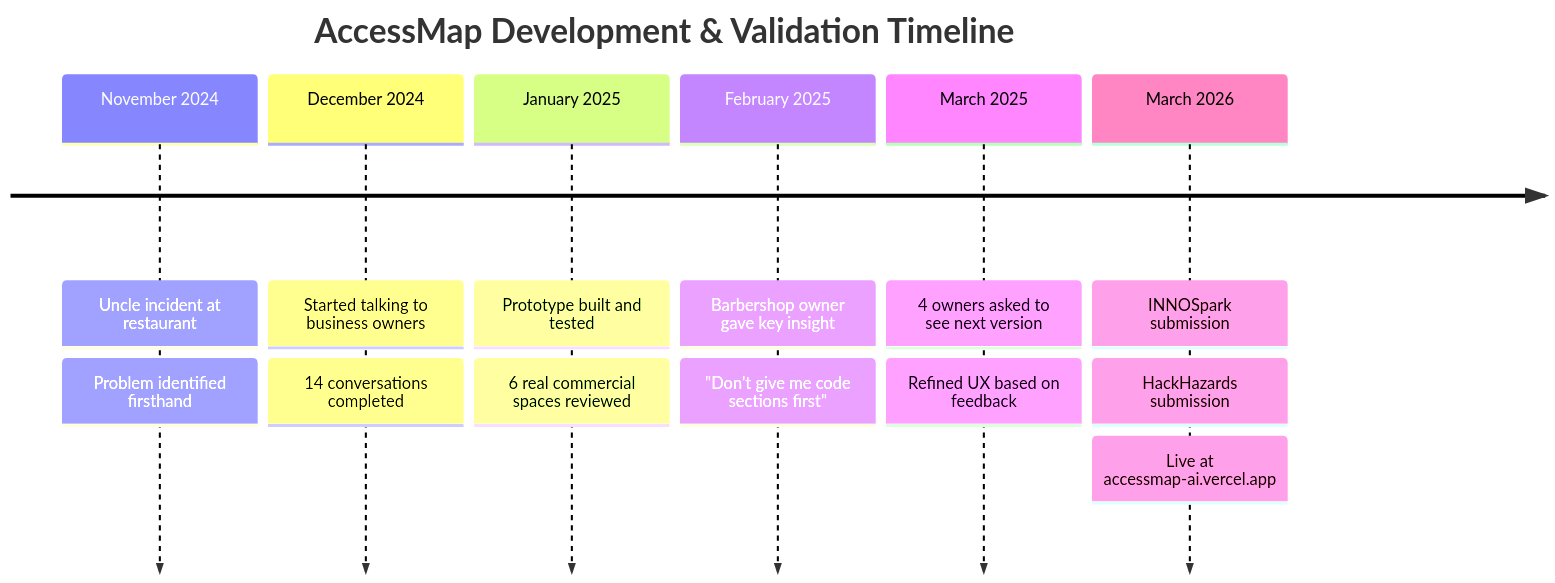
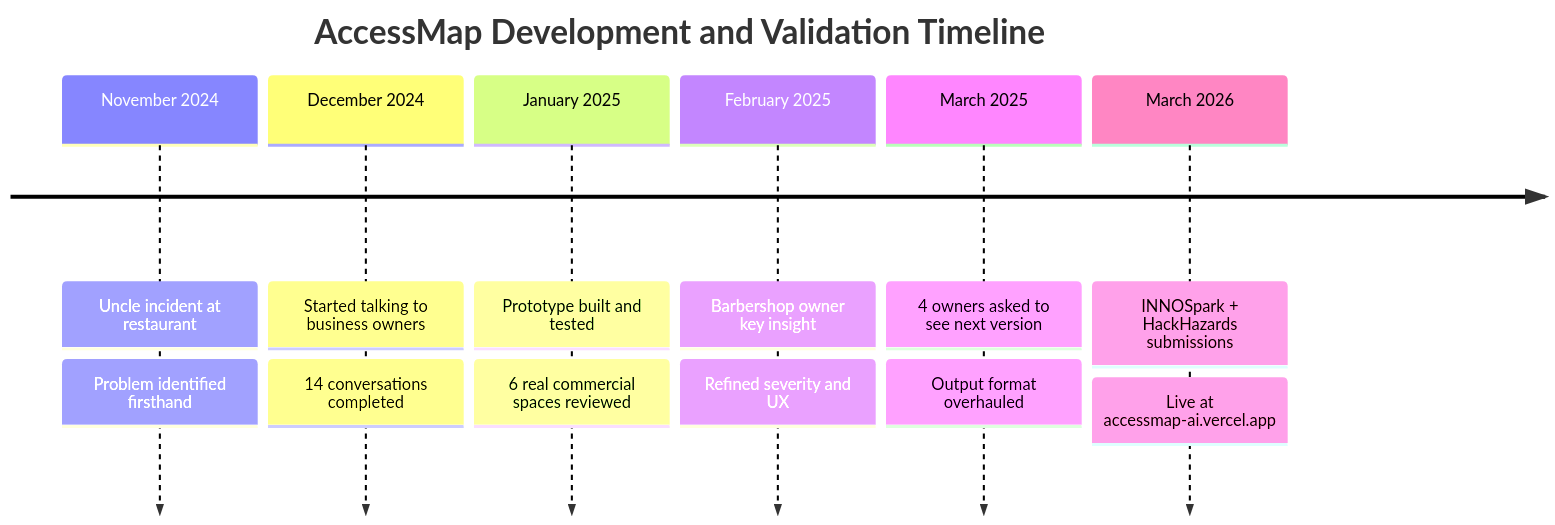
Before and after one commit to Iceman-Dann/AccessMap: the ninth of 12 diagrams in README.md, drawn with Mermaid. The commit also changed other lines of this file, not shown here.

````diff
--- a/README.md
+++ b/README.md
@@ -313,17 +316,16 @@
 ```mermaid
 timeline
-    title AccessMap Development & Validation Timeline
+    title AccessMap Development and Validation Timeline
     November 2024 : Uncle incident at restaurant
                   : Problem identified firsthand
     December 2024 : Started talking to business owners
                   : 14 conversations completed
     January 2025  : Prototype built and tested
                   : 6 real commercial spaces reviewed
-    February 2025 : Barbershop owner gave key insight
-                  : "Don't give me code sections first"
+    February 2025 : Barbershop owner key insight
+                  : Refined severity and UX
     March 2025    : 4 owners asked to see next version
-                  : Refined UX based on feedback
-    March 2026    : INNOSpark submission
-                  : HackHazards submission
+                  : Output format overhauled
+    March 2026    : INNOSpark + HackHazards submissions
                   : Live at accessmap-ai.vercel.app
 ```
````
